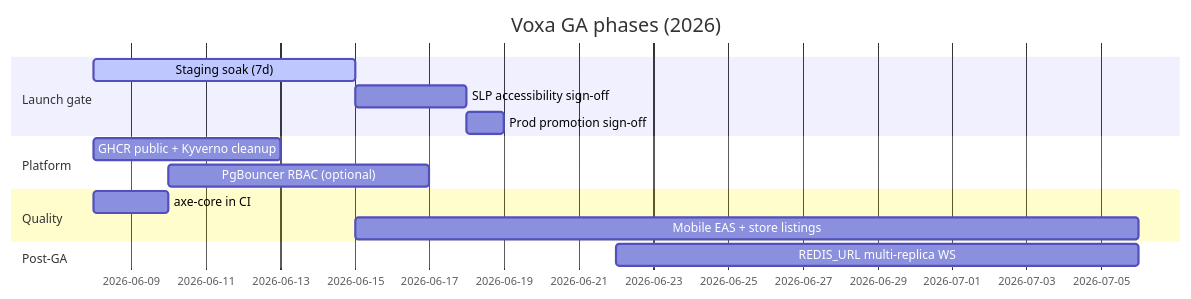
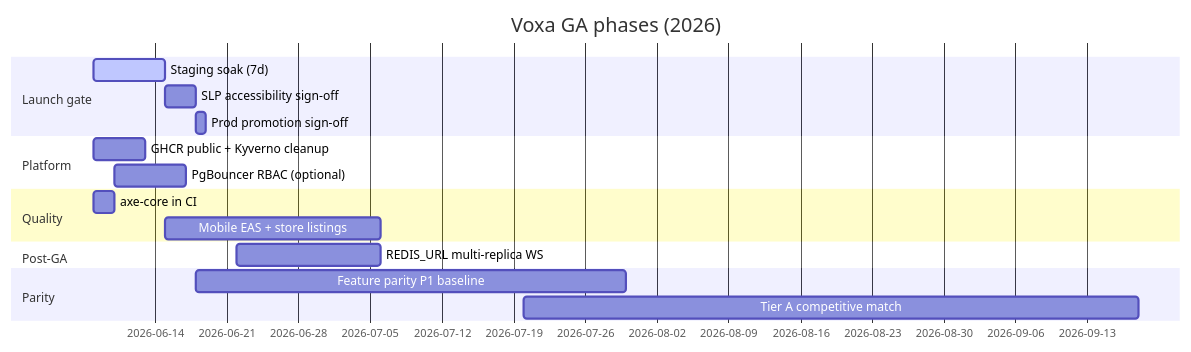
Before and after one commit to madfam-org/voxa: the diagram in docs/launch/GA_ROADMAP.md, drawn with Mermaid. The commit also changed other lines of this file and 6 other files, not shown here.

First line of the commit message:
Document AAC competitive benchmark and GA feature parity tracker.

````diff
--- a/docs/launch/GA_ROADMAP.md
+++ b/docs/launch/GA_ROADMAP.md
@@ -19,17 +19,20 @@
 ```mermaid
 gantt
   title Voxa GA phases (2026)
   dateFormat YYYY-MM-DD
   section Launch gate
   Staging soak (7d)           :active, soak, 2026-06-08, 7d
   SLP accessibility sign-off  :slp, after soak, 3d
   Prod promotion sign-off     :promo, after slp, 1d
   section Platform
   GHCR public + Kyverno cleanup :ghcr, 2026-06-08, 5d
   PgBouncer RBAC (optional)     :pgb, 2026-06-10, 7d
   section Quality
   axe-core in CI                :axe, 2026-06-08, 2d
   Mobile EAS + store listings   :mobile, 2026-06-15, 21d
   section Post-GA
   REDIS_URL multi-replica WS    :redis, 2026-06-22, 14d
+  section Parity
+  Feature parity P1 baseline    :parity, 2026-06-18, 42d
+  Tier A competitive match      :parity2, 2026-07-20, 60d
 ```
````
